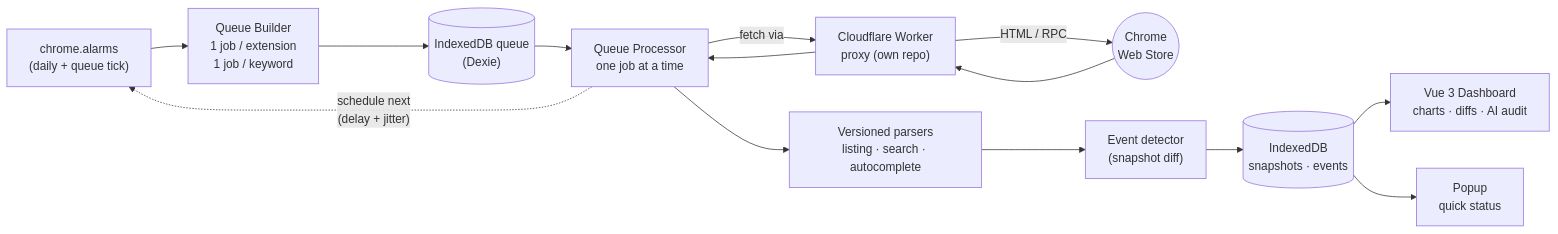
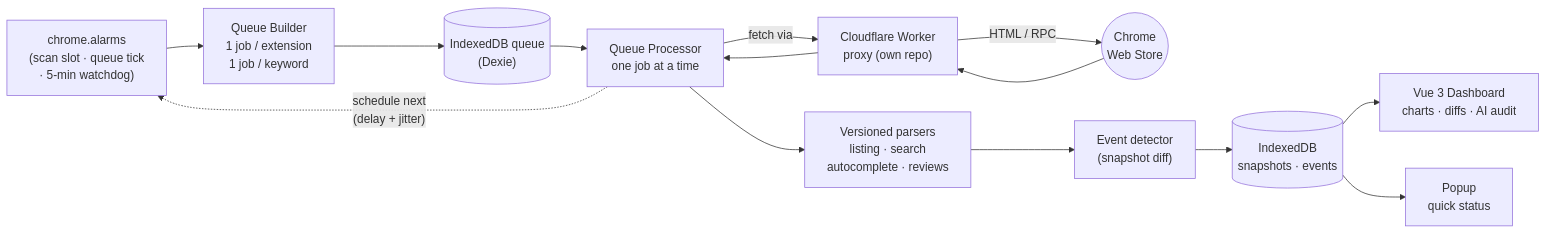
Before and after one commit to shapito27/cws-tracker: the diagram in README.md, drawn with Mermaid. The commit also changed other lines of this file, not shown here.

````diff
--- a/README.md
+++ b/README.md
@@ -79,15 +82,15 @@
 ```mermaid
 flowchart LR
-    A["chrome.alarms<br/>(daily + queue tick)"] --> B["Queue Builder<br/>1 job / extension<br/>1 job / keyword"]
+    A["chrome.alarms<br/>(scan slot · queue tick<br/>· 5-min watchdog)"] --> B["Queue Builder<br/>1 job / extension<br/>1 job / keyword"]
     B --> C[("IndexedDB queue<br/>(Dexie)")]
     C --> D["Queue Processor<br/>one job at a time"]
     D -->|fetch via| P["Cloudflare Worker<br/>proxy (own repo)"]
     P -->|HTML / RPC| W(("Chrome<br/>Web Store"))
     W --> P --> D
-    D --> E["Versioned parsers<br/>listing · search · autocomplete"]
+    D --> E["Versioned parsers<br/>listing · search<br/>autocomplete · reviews"]
     E --> F["Event detector<br/>(snapshot diff)"]
     F --> G[("IndexedDB<br/>snapshots · events")]
     G --> H["Vue 3 Dashboard<br/>charts · diffs · AI audit"]
     G --> I["Popup<br/>quick status"]
     D -.->|"schedule next<br/>(delay + jitter)"| A
 ```
````
